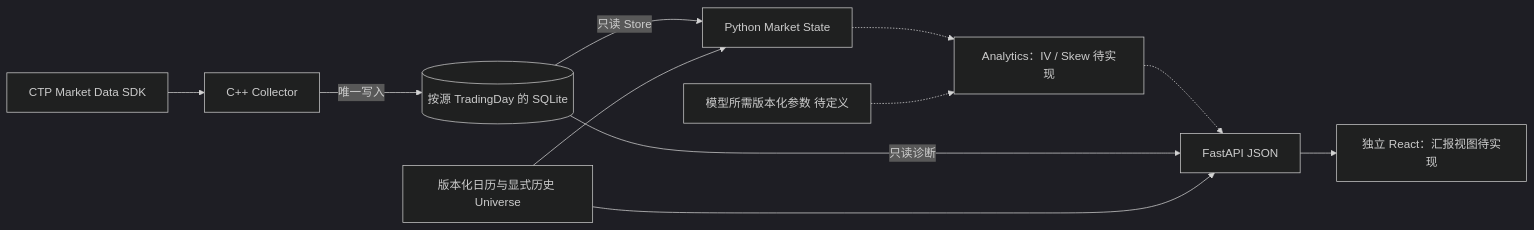
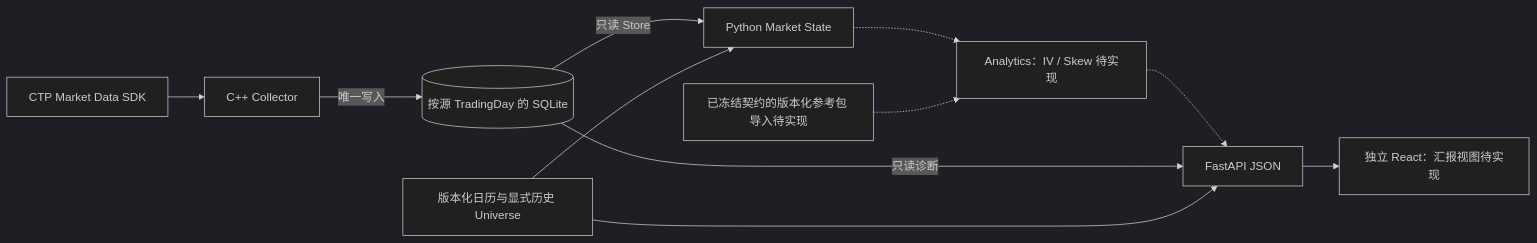
The diagram in docs/architecture.md (ougachakaaa/derivatives_monitor), drawn with Mermaid (dark theme) before and after one commit. The commit also changed other lines of this file and 20 other files, not shown here.

````diff
--- a/docs/architecture.md
+++ b/docs/architecture.md
@@ -5,13 +5,13 @@
 ```mermaid
 flowchart LR
     CTP[CTP Market Data SDK] --> C[C++ Collector]
     C -->|唯一写入| RAW[(按源 TradingDay 的 SQLite)]
     RAW -->|只读 Store| MS[Python Market State]
     CAL[版本化日历与显式历史 Universe] --> MS
     MS -.-> A[Analytics：IV / Skew 待实现]
-    REF[模型所需版本化参数 待定义] -.-> A
+    REF[已冻结契约的版本化参考包 导入待实现] -.-> A
     A -.-> API[FastAPI JSON]
     RAW -->|只读诊断| API
     CAL --> API
     API --> UI[独立 React：汇报视图待实现]
 ```
````
